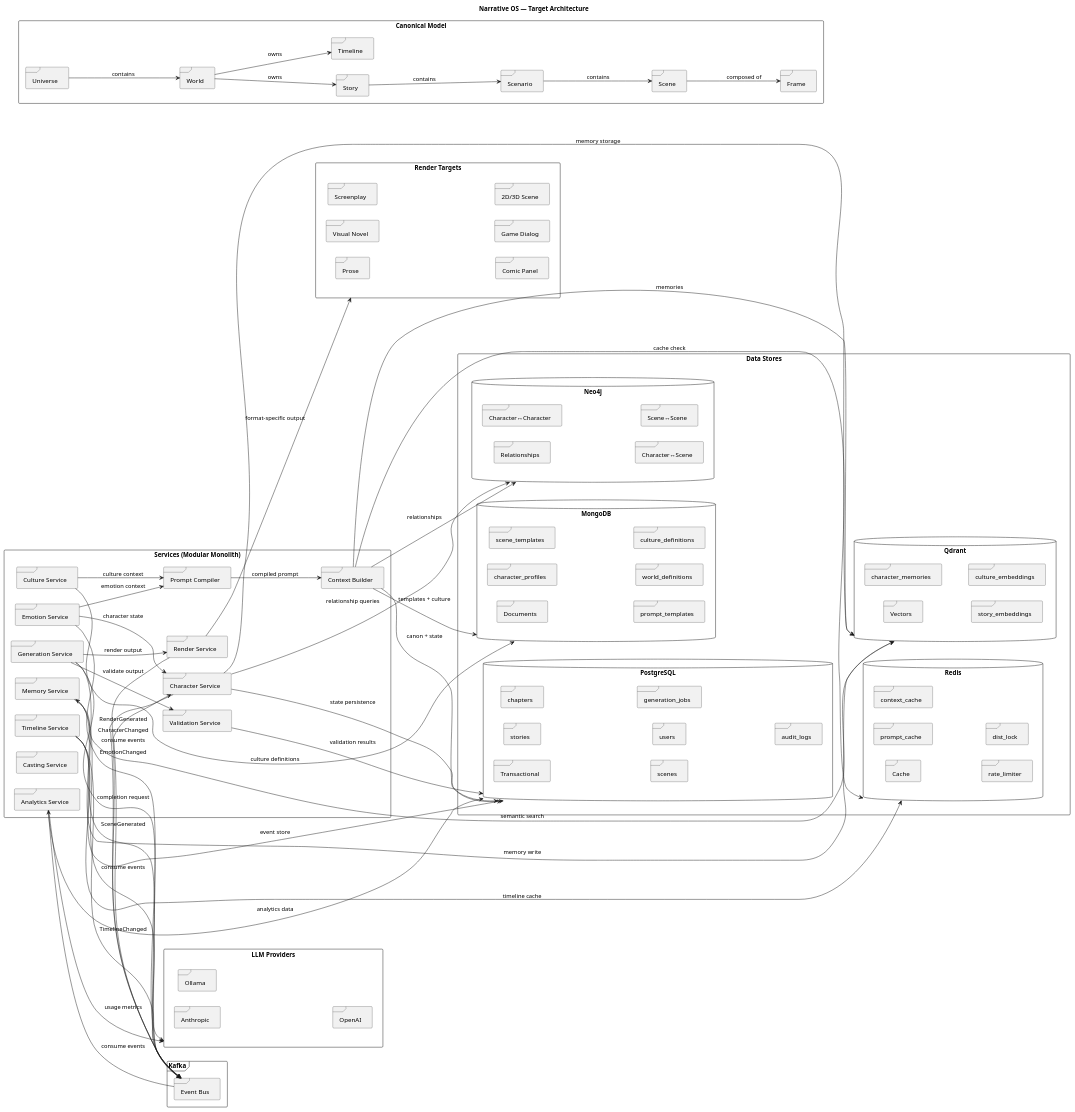
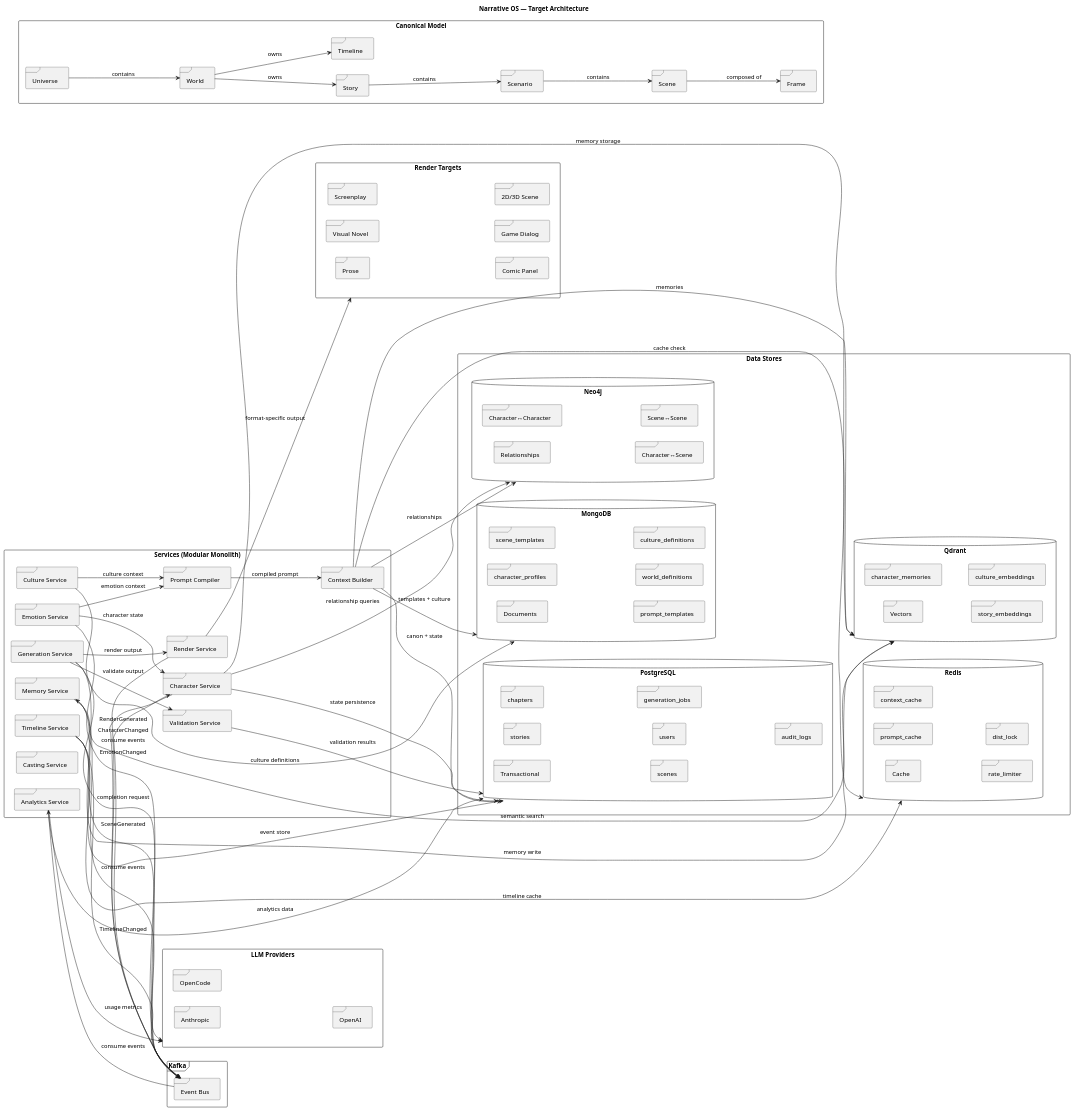
Before and after one commit to premchandkpc/story-builder: the diagram in docs/uml-vision.puml, drawn with PlantUML. The commit also changed 23 other files, not shown here.

```diff
--- a/docs/uml-vision.puml
+++ b/docs/uml-vision.puml
@@ -1,159 +1,159 @@
 @startuml
 left to right direction
 skinparam monochrome true
 skinparam shadowing false
 skinparam packageStyle rectangle
 
 title Narrative OS — Target Architecture
 
 ' ── Data Stores ──
 
 package "Data Stores" {
   database "PostgreSQL" as PG {
     frame "Transactional" as TX
     frame "stories"
     frame "chapters"
     frame "scenes"
     frame "users"
     frame "generation_jobs"
     frame "audit_logs"
   }
 
   database "MongoDB" as MONGO {
     frame "Documents" as DOC
     frame "character_profiles"
     frame "scene_templates"
     frame "prompt_templates"
     frame "world_definitions"
     frame "culture_definitions"
   }
 
   database "Neo4j" as NEO {
     frame "Relationships" as REL
     frame "Character↔Character"
     frame "Character↔Scene"
     frame "Scene↔Scene"
   }
 
   database "Qdrant" as QDRANT {
     frame "Vectors" as VEC
     frame "character_memories"
     frame "story_embeddings"
     frame "culture_embeddings"
   }
 
   database "Redis" as REDIS {
     frame "Cache" as CACHE
     frame "prompt_cache"
     frame "context_cache"
     frame "rate_limiter"
     frame "dist_lock"
   }
 }
 
 ' ── Canonical Model ──
 
 package "Canonical Model" {
   frame "Universe" as U
   frame "World" as W
   frame "Timeline" as T
   frame "Story" as S
   frame "Scenario" as SC
   frame "Scene" as SE
   frame "Frame" as F
 }
 
 U --> W : contains
 W --> T : owns
 W --> S : owns
 S --> SC : contains
 SC --> SE : contains
 SE --> F : composed of
 
 ' ── Services ──
 
 package "Services (Modular Monolith)" {
   frame "Prompt Compiler" as PC
   frame "Context Builder" as CB
   frame "Generation Service" as GS
   frame "Character Service" as CS
   frame "Timeline Service" as TS
   frame "Memory Service" as MS
   frame "Emotion Service" as ES
   frame "Culture Service" as CUS
   frame "Validation Service" as VS
   frame "Render Service" as RS
   frame "Casting Service" as CAS
   frame "Analytics Service" as AS
 }
 
 ' ── External ──
 
 rectangle "LLM Providers" as LLM {
   frame "Anthropic"
-  frame "Ollama"
+  frame "OpenCode"
   frame "OpenAI"
 }
 
 rectangle "Render Targets" as RENDER {
   frame "Prose"
   frame "Visual Novel"
   frame "Screenplay"
   frame "Comic Panel"
   frame "Game Dialog"
   frame "2D/3D Scene"
 }
 
 ' ── Connections ──
 
 PC --> CB : compiled prompt
 CB --> PG : canon + state
 CB --> MONGO : templates + culture
 CB --> NEO : relationships
 CB --> QDRANT : memories
 CB --> REDIS : cache check
 
 GS --> LLM : completion request
 GS --> VS : validate output
 GS --> RS : render output
 
 CS --> NEO : relationship queries
 CS --> QDRANT : memory storage
 CS --> PG : state persistence
 
 TS --> PG : event store
 TS --> REDIS : timeline cache
 
 MS --> QDRANT : semantic search
 MS --> QDRANT : memory write
 
 ES --> CS : character state
 ES --> PC : emotion context
 
 CUS --> MONGO : culture definitions
 CUS --> PC : culture context
 
 VS --> PG : validation results
 
 RS --> RENDER : format-specific output
 
 AS --> PG : analytics data
 AS --> LLM : usage metrics
 
 ' ── Events ──
 
 frame "Kafka" as KAFKA {
   frame "Event Bus" as EVT
 }
 
 GS --> EVT : SceneGenerated
 CS --> EVT : CharacterChanged
 ES --> EVT : EmotionChanged
 TS --> EVT : TimelineChanged
 RS --> EVT : RenderGenerated
 
 EVT --> AS : consume events
 EVT --> MS : consume events
 EVT --> CS : consume events
 
 @enduml
```
